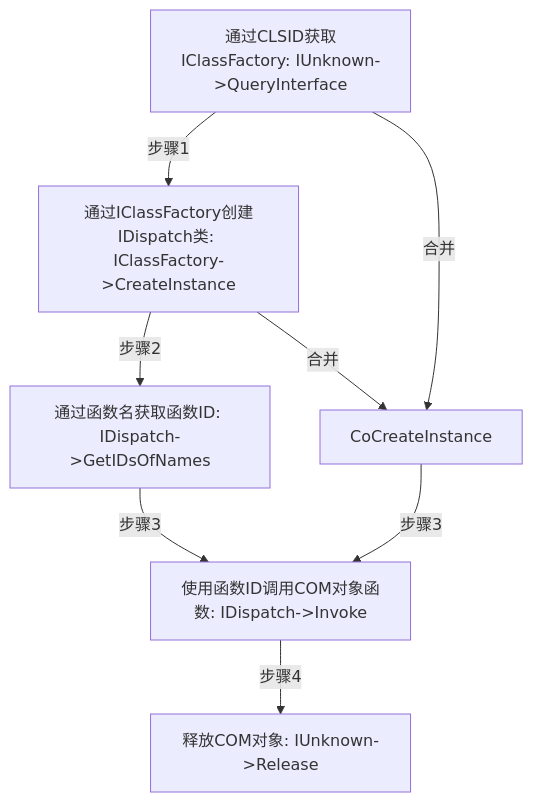
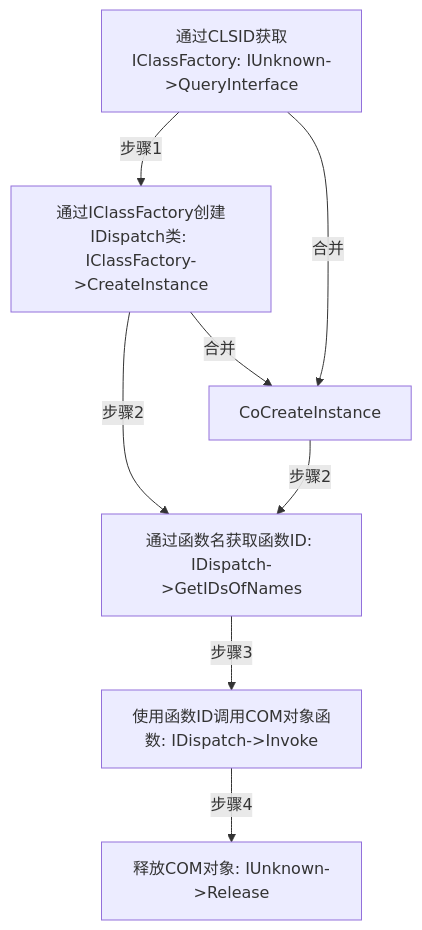
Before and after one commit to JoeyZzZzZz/JoeyZzZzZz.github.io: the diagram in COM对象的利用与挖掘.md, drawn with Mermaid. The commit also changed other lines of this file, not shown here.

````diff
--- a/COM对象的利用与挖掘.md
+++ b/COM对象的利用与挖掘.md
@@ -232,11 +232,11 @@
 ```mermaid
 
 graph TD
 A[通过CLSID获取IClassFactory: IUnknown->QueryInterface] --> |步骤1|B[通过IClassFactory创建IDispatch类: IClassFactory->CreateInstance]
     B --> |步骤2|C[通过函数名获取函数ID: IDispatch->GetIDsOfNames]
     C --> |步骤3|D[使用函数ID调用COM对象函数: IDispatch->Invoke]
     D --> |步骤4|E[释放COM对象: IUnknown->Release]
     A --> |合并|F[CoCreateInstance]
     B --> |合并|F
-    F --> |步骤3|D
+    F --> |步骤2|C
 ```
````
